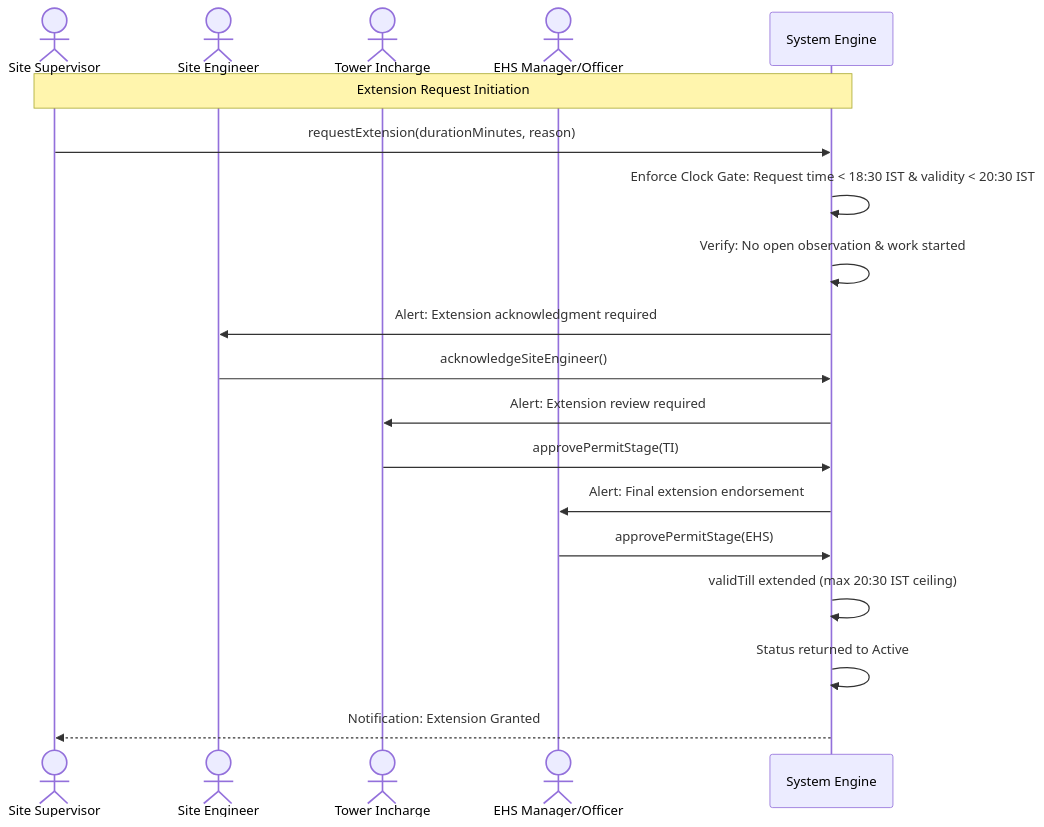
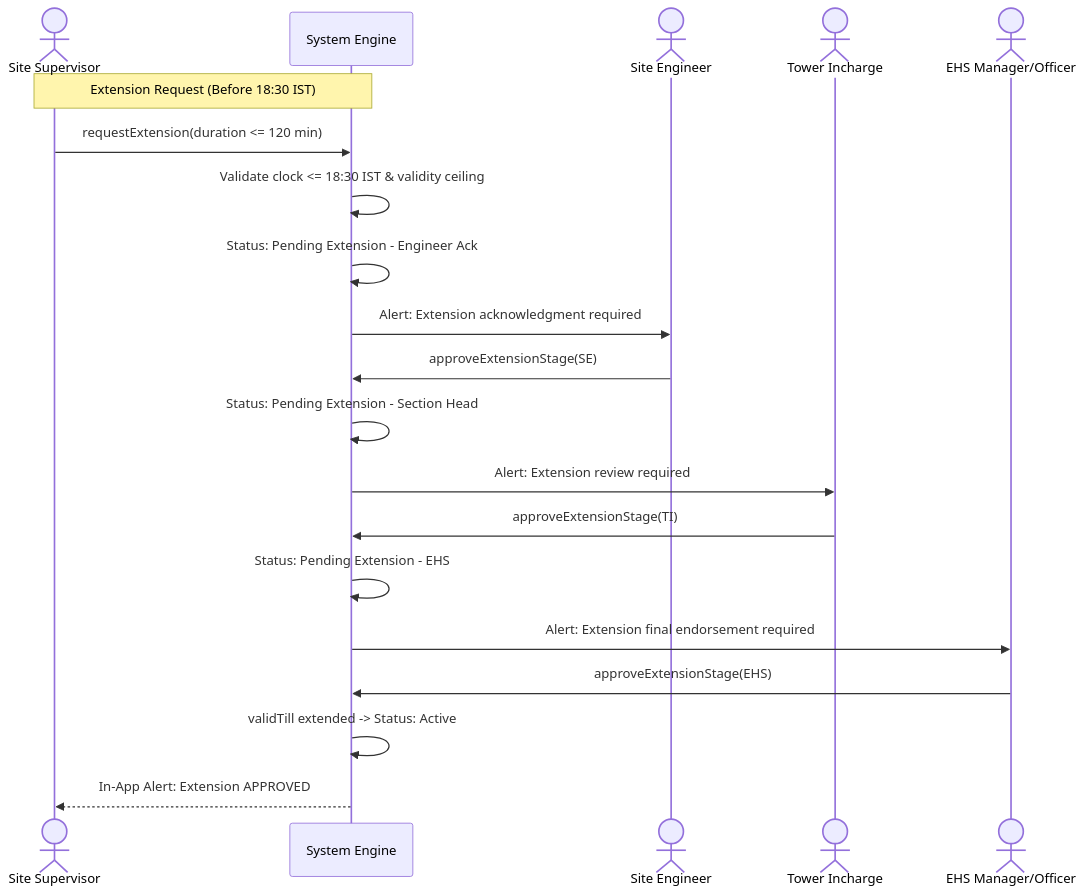
Before and after one commit to AuroGroupAutomationBot/ARPL-EHS-Demo: diagram 19 of 29 in README.md, drawn with Mermaid. The commit also changed other lines of this file and 4 other files, not shown here.

````diff
--- a/README.md
+++ b/README.md
@@ -1233,25 +1435,26 @@
 ```mermaid
 sequenceDiagram
     actor SS as Site Supervisor
+    participant SYS as System Engine
     actor SE as Site Engineer
     actor TI as Tower Incharge
     actor EHS as EHS Manager/Officer
-    participant SYS as System Engine
 
-    Note over SS,SYS: Extension Request Initiation
-    SS->>SYS: requestExtension(durationMinutes, reason)
-    SYS->>SYS: Enforce Clock Gate: Request time < 18:30 IST & validity < 20:30 IST
-    SYS->>SYS: Verify: No open observation & work started
+    Note over SS,SYS: Extension Request (Before 18:30 IST)
+    SS->>SYS: requestExtension(duration <= 120 min)
+    SYS->>SYS: Validate clock <= 18:30 IST & validity ceiling
+    SYS->>SYS: Status: Pending Extension - Engineer Ack
     SYS->>SE: Alert: Extension acknowledgment required
 
-    SE->>SYS: acknowledgeSiteEngineer()
+    SE->>SYS: approveExtensionStage(SE)
+    SYS->>SYS: Status: Pending Extension - Section Head
     SYS->>TI: Alert: Extension review required
 
-    TI->>SYS: approvePermitStage(TI)
-    SYS->>EHS: Alert: Final extension endorsement
+    TI->>SYS: approveExtensionStage(TI)
+    SYS->>SYS: Status: Pending Extension - EHS
+    SYS->>EHS: Alert: Extension final endorsement required
 
-    EHS->>SYS: approvePermitStage(EHS)
-    SYS->>SYS: validTill extended (max 20:30 IST ceiling)
-    SYS->>SYS: Status returned to Active
-    SYS-->>SS: Notification: Extension Granted
+    EHS->>SYS: approveExtensionStage(EHS)
+    SYS->>SYS: validTill extended -> Status: Active
+    SYS-->>SS: In-App Alert: Extension APPROVED
 ```
````
